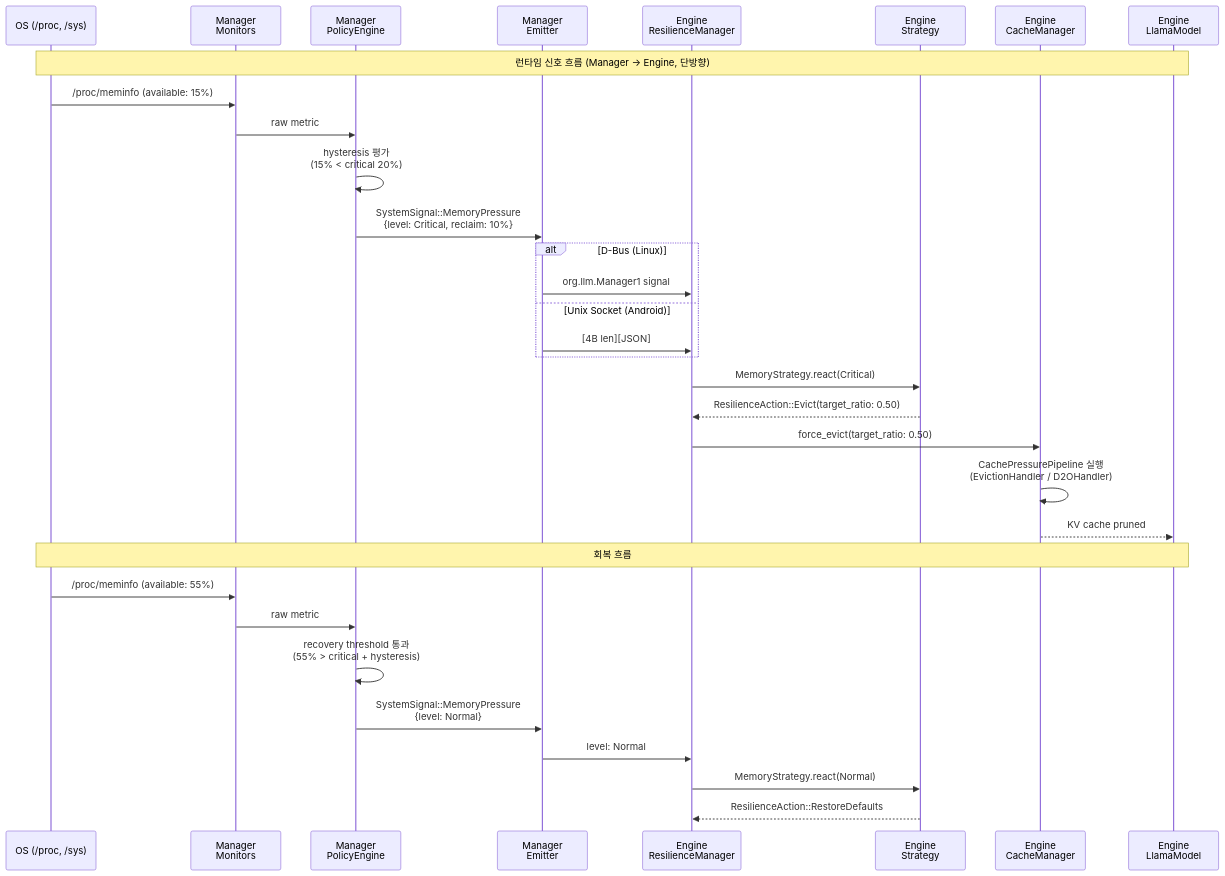
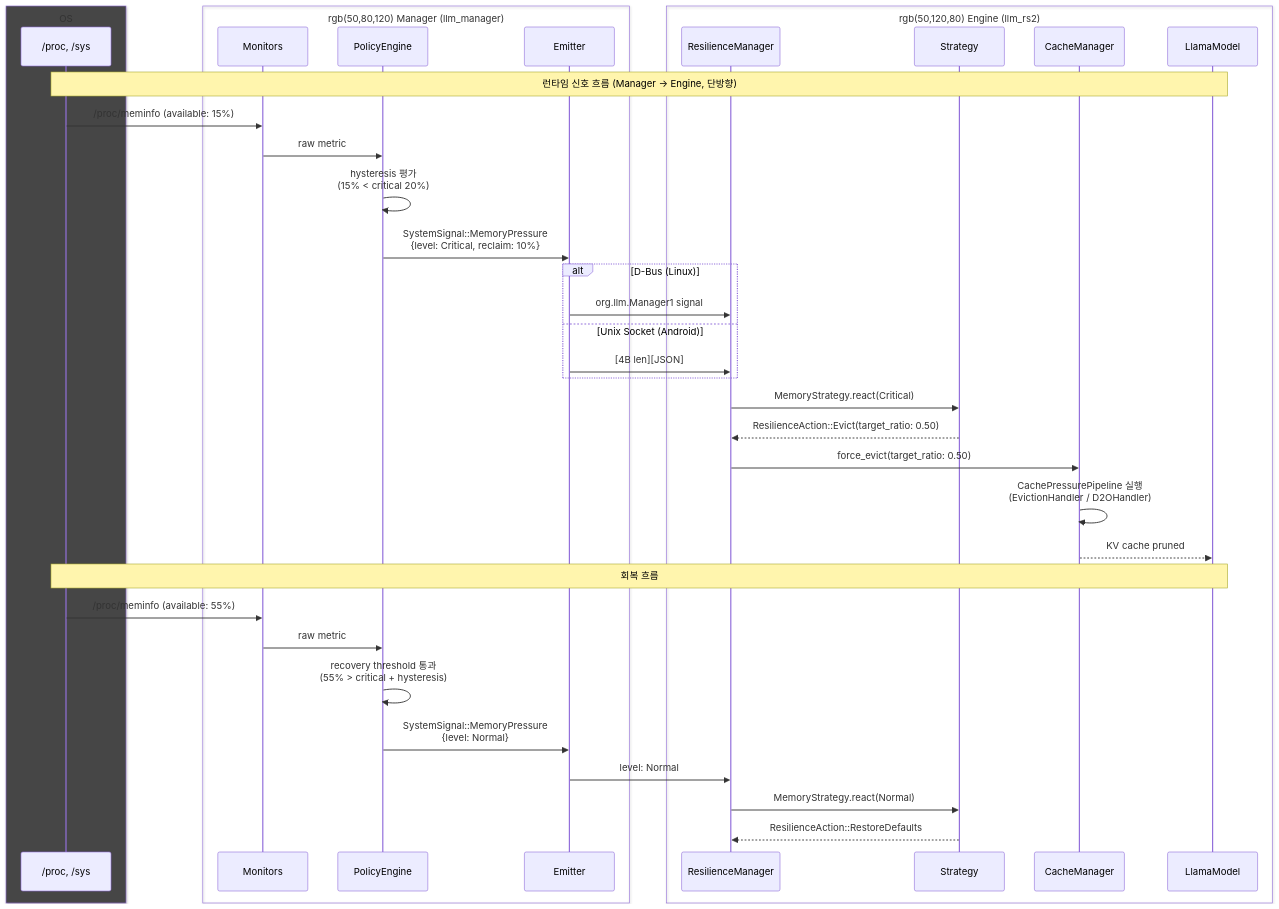
One commit to hedone21/llm_rs2 changed the second of 5 diagrams in ARCHITECTURE.md. Above: the diagram before and after it, drawn with Mermaid.

Commit message:
docs(architecture): add box grouping to sequence diagram
Add colored box regions (OS, Manager, Engine) to the inter-component
sequence diagram for clear visual separation between system boundaries.

````diff
--- a/ARCHITECTURE.md
+++ b/ARCHITECTURE.md
@@ -80,40 +80,46 @@
 ```mermaid
 sequenceDiagram
-    participant OS as OS (/proc, /sys)
-    participant Mon as Manager<br/>Monitors
-    participant Eval as Manager<br/>PolicyEngine
-    participant Emit as Manager<br/>Emitter
-    participant Res as Engine<br/>ResilienceManager
-    participant Strat as Engine<br/>Strategy
-    participant CM as Engine<br/>CacheManager
-    participant Model as Engine<br/>LlamaModel
+    box rgb(70,70,70) OS
+        participant OS as /proc, /sys
+    end
+    box rgb(50,80,120) Manager (llm_manager)
+        participant Mon as Monitors
+        participant Eval as PolicyEngine
+        participant Emit as Emitter
+    end
+    box rgb(50,120,80) Engine (llm_rs2)
+        participant Res as ResilienceManager
+        participant Strat as Strategy
+        participant CM as CacheManager
+        participant Model as LlamaModel
+    end
 
     Note over OS,Model: 런타임 신호 흐름 (Manager → Engine, 단방향)
 
     OS->>Mon: /proc/meminfo (available: 15%)
     Mon->>Eval: raw metric
     Eval->>Eval: hysteresis 평가<br/>(15% < critical 20%)
     Eval->>Emit: SystemSignal::MemoryPressure<br/>{level: Critical, reclaim: 10%}
 
     alt D-Bus (Linux)
         Emit->>Res: org.llm.Manager1 signal
     else Unix Socket (Android)
         Emit->>Res: [4B len][JSON]
     end
 
     Res->>Strat: MemoryStrategy.react(Critical)
     Strat-->>Res: ResilienceAction::Evict(target_ratio: 0.50)
     Res->>CM: force_evict(target_ratio: 0.50)
     CM->>CM: CachePressurePipeline 실행<br/>(EvictionHandler / D2OHandler)
     CM-->>Model: KV cache pruned
 
     Note over OS,Model: 회복 흐름
 
     OS->>Mon: /proc/meminfo (available: 55%)
     Mon->>Eval: raw metric
     Eval->>Eval: recovery threshold 통과<br/>(55% > critical + hysteresis)
     Eval->>Emit: SystemSignal::MemoryPressure<br/>{level: Normal}
     Emit->>Res: level: Normal
     Res->>Strat: MemoryStrategy.react(Normal)
     Strat-->>Res: ResilienceAction::RestoreDefaults
 ```
````
